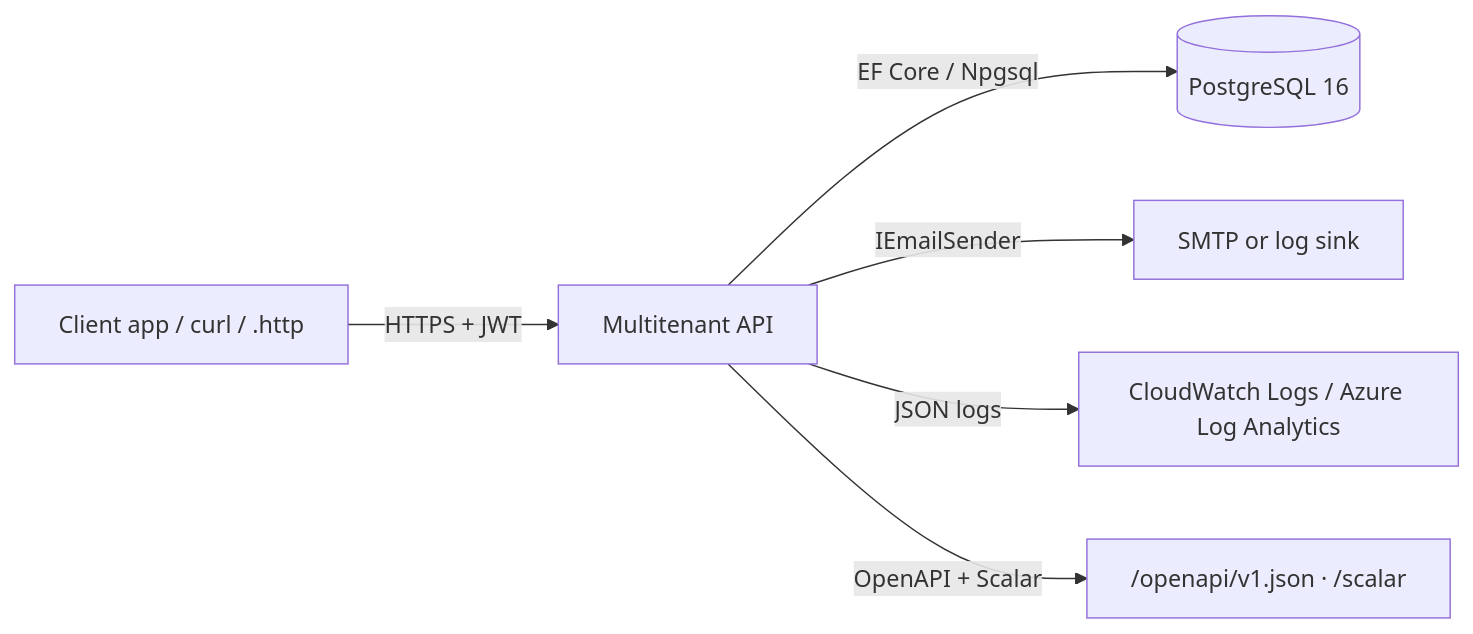
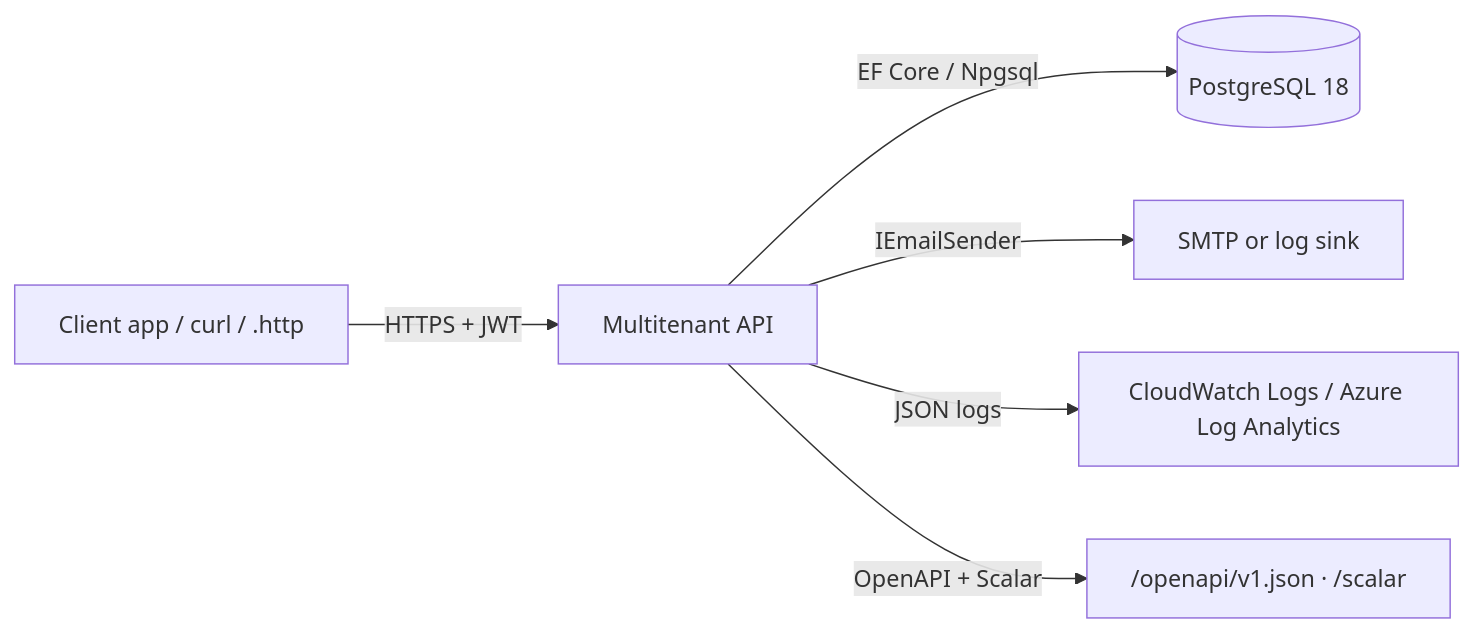
Before and after one commit to MFarooqTahir/multitenant-aspnet-api: the first of 6 diagrams in docs/architecture.md, drawn with Mermaid. The commit also changed 14 other files, not shown here.

First line of the commit message:
Upgrade OpenAPI to 3.2 and PostgreSQL to 18

````diff
--- a/docs/architecture.md
+++ b/docs/architecture.md
@@ -8,8 +8,8 @@
 ```mermaid
 flowchart LR
     Client["Client app / curl / .http"] -->|"HTTPS + JWT"| Api["Multitenant API"]
-    Api -->|"EF Core / Npgsql"| Db[("PostgreSQL 16")]
+    Api -->|"EF Core / Npgsql"| Db[("PostgreSQL 18")]
     Api -->|"IEmailSender"| Mail["SMTP or log sink"]
     Api -->|"JSON logs"| Logs["CloudWatch Logs / Azure Log Analytics"]
     Api -->|"OpenAPI + Scalar"| Docs["/openapi/v1.json · /scalar"]
 ```
````
